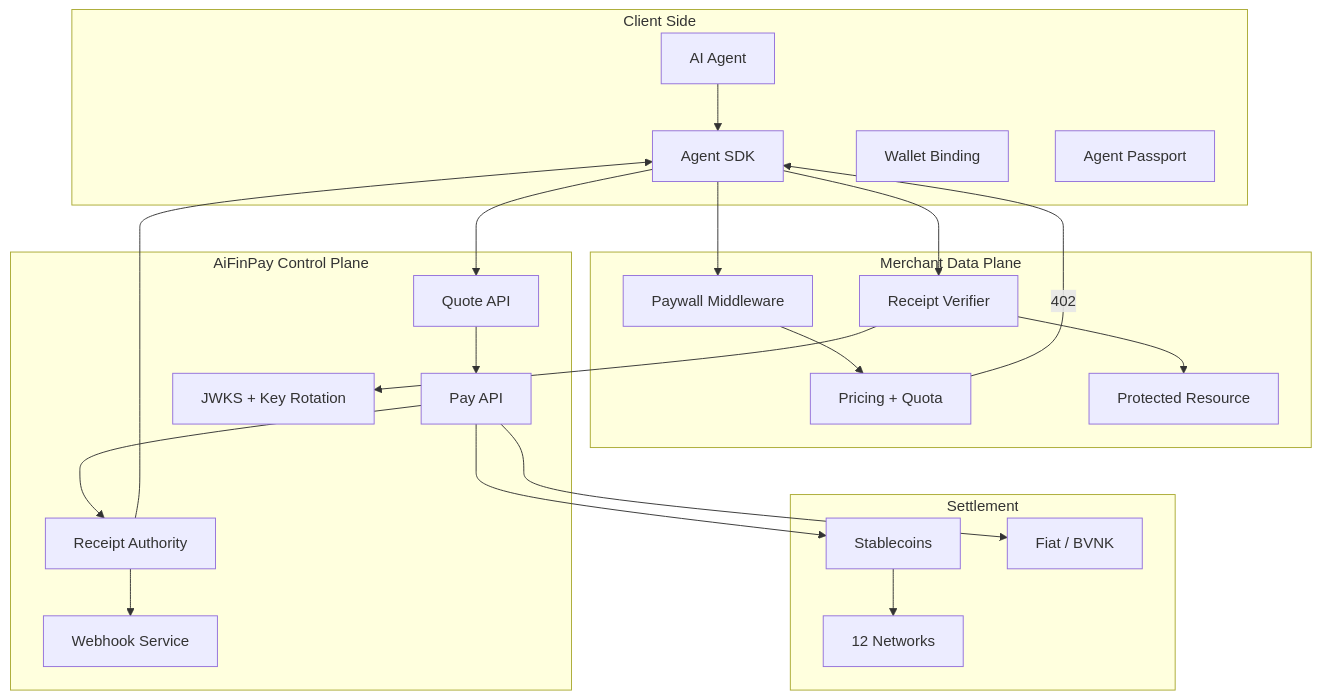
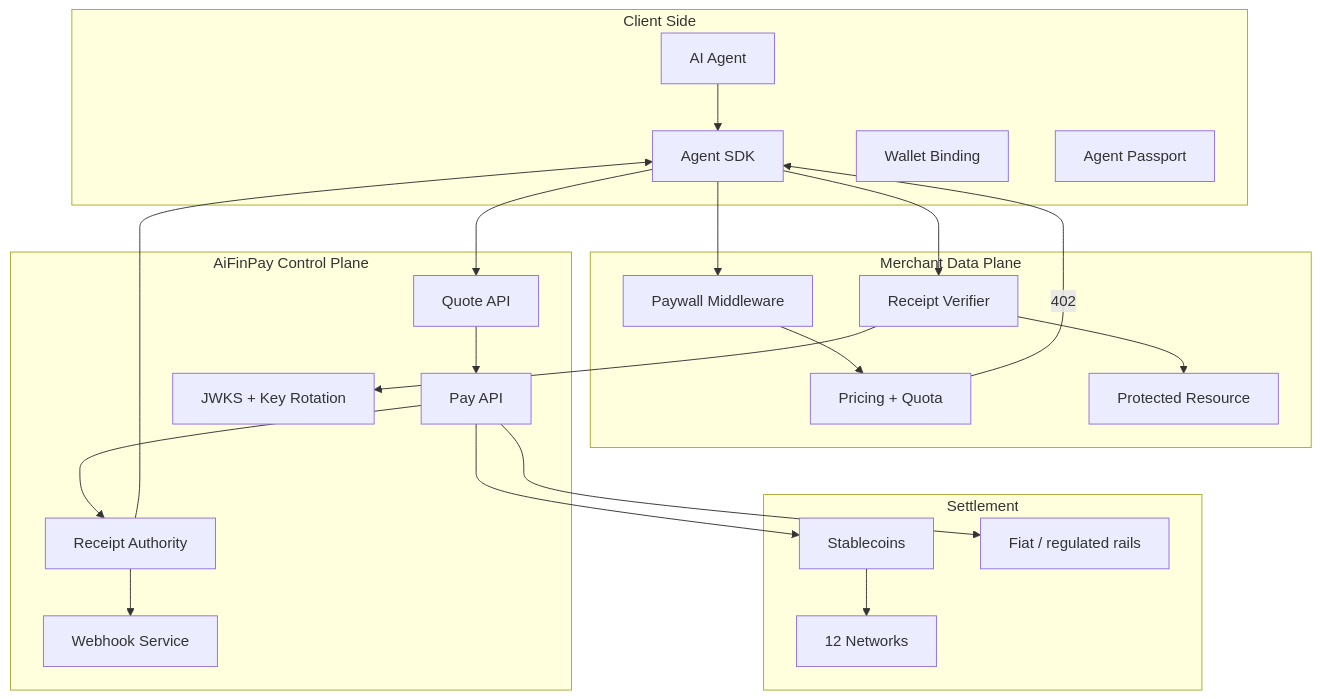
The first of 2 diagrams in docs/architecture.md (AiFinPay/paywall), drawn with Mermaid before and after one commit. The commit also changed 16 other files, not shown here.

````diff
--- a/docs/architecture.md
+++ b/docs/architecture.md
@@ -7,46 +7,46 @@
 ```mermaid
 flowchart TB
     subgraph Client["Client Side"]
         Agent["AI Agent"]
         AgentSDK["Agent SDK"]
         Wallet["Wallet Binding"]
         Passport["Agent Passport"]
     end
 
     subgraph Merchant["Merchant Data Plane"]
         Middleware["Paywall Middleware"]
         Pricing["Pricing + Quota"]
         ReceiptCheck["Receipt Verifier"]
         Protected["Protected Resource"]
     end
 
     subgraph Control["AiFinPay Control Plane"]
         Quote["Quote API"]
         Pay["Pay API"]
         Receipt["Receipt Authority"]
         Webhooks["Webhook Service"]
         Keys["JWKS + Key Rotation"]
     end
 
     subgraph Settlement["Settlement"]
         Stable["Stablecoins"]
-        Fiat["Fiat / BVNK"]
+        Fiat["Fiat / regulated rails"]
         Chains["12 Networks"]
     end
 
     Agent --> AgentSDK
     AgentSDK --> Middleware
     Middleware --> Pricing
     Pricing -->|402| AgentSDK
     AgentSDK --> Quote
     Quote --> Pay
     Pay --> Stable
     Pay --> Fiat
     Stable --> Chains
     Pay --> Receipt
     Receipt --> AgentSDK
     AgentSDK --> ReceiptCheck
     ReceiptCheck --> Keys
     ReceiptCheck --> Protected
     Receipt --> Webhooks
 ```
````
